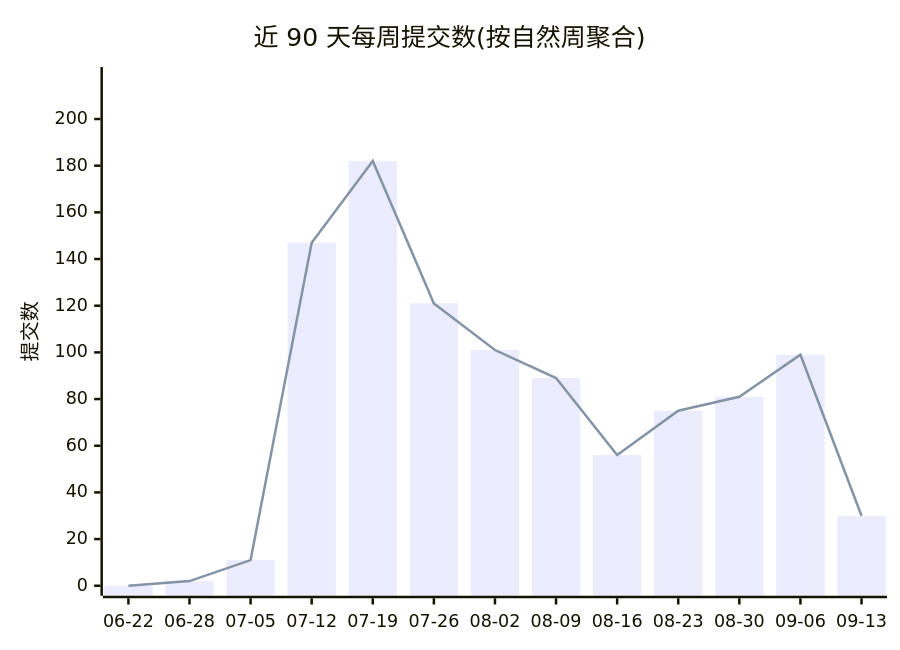
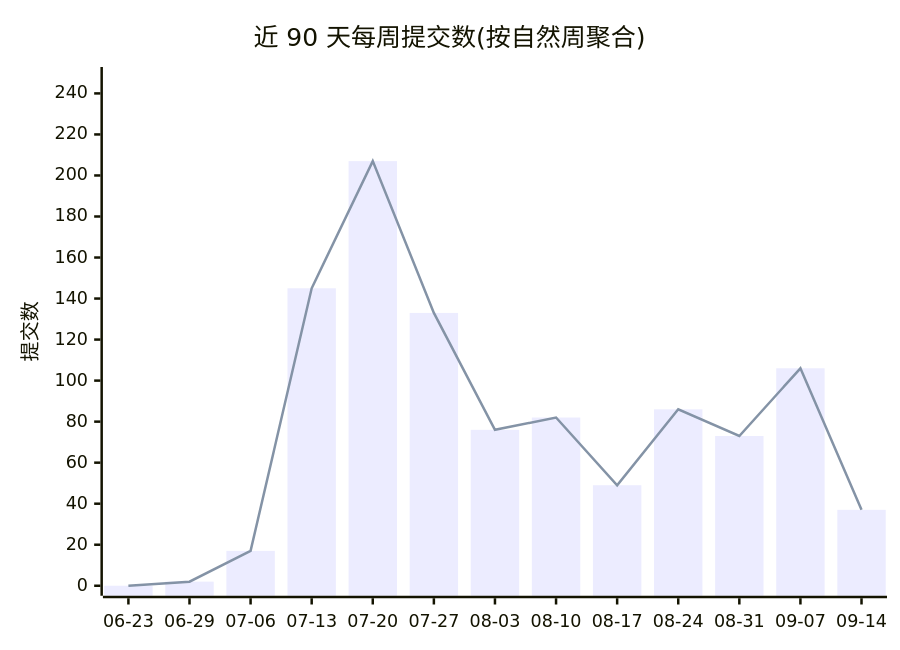
One commit to Conflux-Union/.github changed the first of 2 diagrams in profile/README.md. Above: the diagram before and after it, drawn with Mermaid. The commit also changed other lines of this file and 1 other file, not shown here.

````diff
--- a/profile/README.md
+++ b/profile/README.md
@@ -44,8 +44,8 @@
 ```mermaid
 xychart-beta
     title "近 90 天每周提交数(按自然周聚合)"
-    x-axis ["06-22", "06-28", "07-05", "07-12", "07-19", "07-26", "08-02", "08-09", "08-16", "08-23", "08-30", "09-06", "09-13"]
-    y-axis "提交数" 0 --> 218
-    bar [0, 2, 11, 147, 182, 121, 101, 89, 56, 75, 81, 99, 30]
-    line [0, 2, 11, 147, 182, 121, 101, 89, 56, 75, 81, 99, 30]
+    x-axis ["06-23", "06-29", "07-06", "07-13", "07-20", "07-27", "08-03", "08-10", "08-17", "08-24", "08-31", "09-07", "09-14"]
+    y-axis "提交数" 0 --> 248
+    bar [0, 2, 17, 145, 207, 133, 76, 82, 49, 86, 73, 106, 37]
+    line [0, 2, 17, 145, 207, 133, 76, 82, 49, 86, 73, 106, 37]
 ```
````
